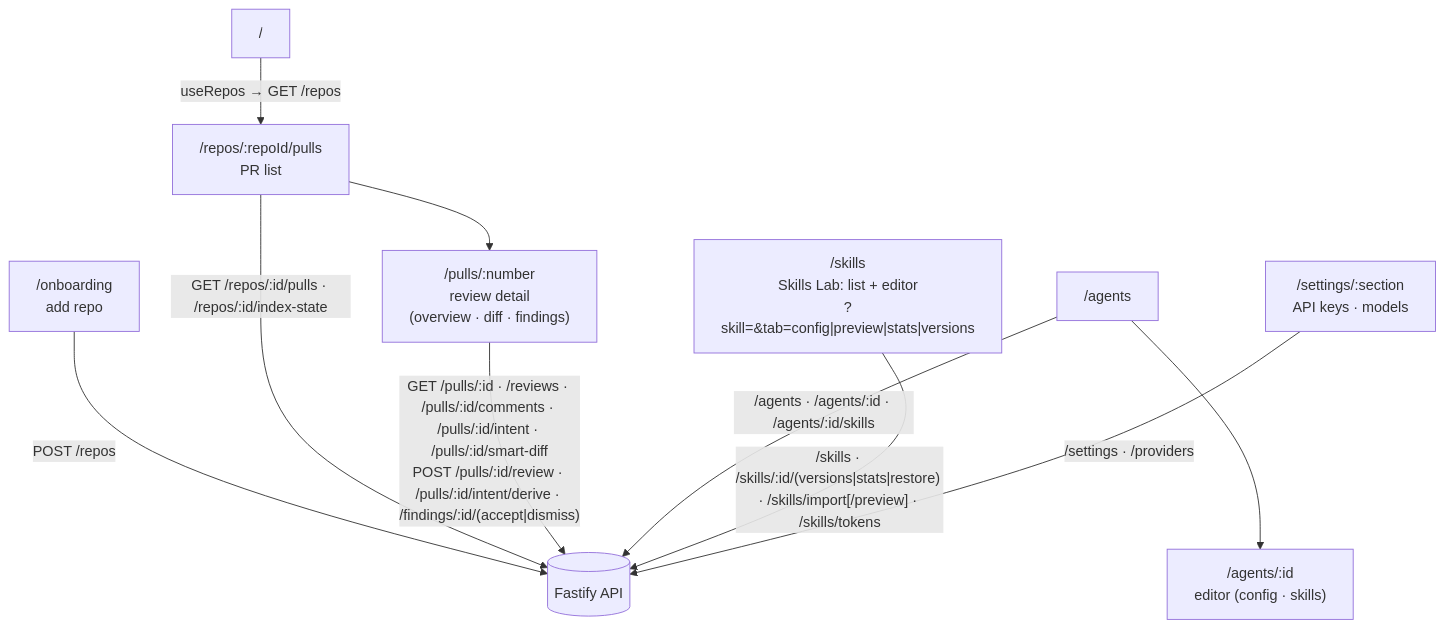
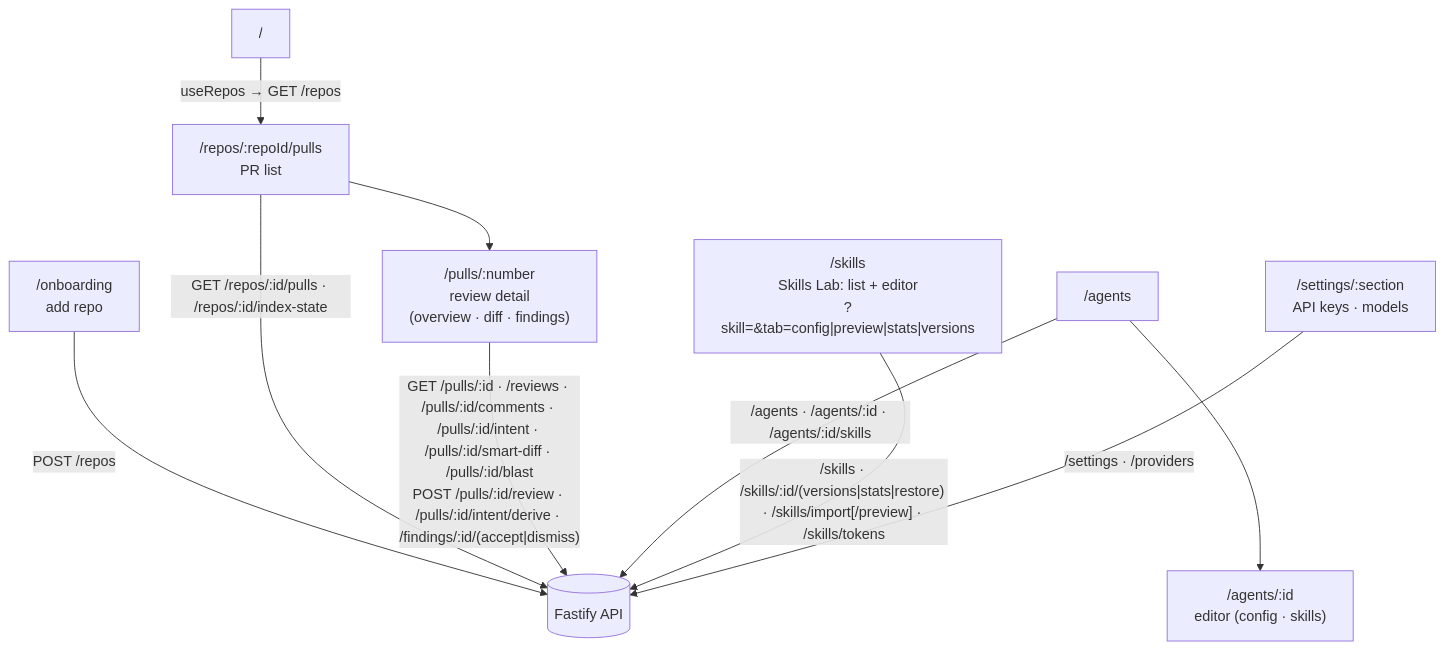
One commit to shofulk/dev-digest changed the diagram in client/README.md. Above: the diagram before and after it, drawn with Mermaid. The commit also changed 14 other files, not shown here.

````diff
--- a/client/README.md
+++ b/client/README.md
@@ -24,16 +24,16 @@
 ```mermaid
 flowchart TD
   ROOT["/"] -->|"useRepos → GET /repos"| PULLS["/repos/:repoId/pulls<br/>PR list"]
   ONB["/onboarding<br/>add repo"] -->|"POST /repos"| API[("Fastify API")]
   PULLS --> PR["/pulls/:number<br/>review detail<br/>(overview · diff · findings)"]
 
   AGENTS["/agents"] --> AGENT["/agents/:id<br/>editor (config · skills)"]
   SKILLS["/skills<br/>Skills Lab: list + editor<br/>?skill=&tab=config|preview|stats|versions"]
   SETTINGS["/settings/:section<br/>API keys · models"]
 
   PULLS -->|"GET /repos/:id/pulls · /repos/:id/index-state"| API
-  PR -->|"GET /pulls/:id · /reviews · /pulls/:id/comments · /pulls/:id/intent · /pulls/:id/smart-diff<br/>POST /pulls/:id/review · /pulls/:id/intent/derive · /findings/:id/(accept|dismiss)"| API
+  PR -->|"GET /pulls/:id · /reviews · /pulls/:id/comments · /pulls/:id/intent · /pulls/:id/smart-diff · /pulls/:id/blast<br/>POST /pulls/:id/review · /pulls/:id/intent/derive · /findings/:id/(accept|dismiss)"| API
   AGENTS -->|"/agents · /agents/:id · /agents/:id/skills"| API
   SKILLS -->|"/skills · /skills/:id/(versions|stats|restore) · /skills/import[/preview] · /skills/tokens"| API
   SETTINGS -->|"/settings · /providers"| API
 ```
````
